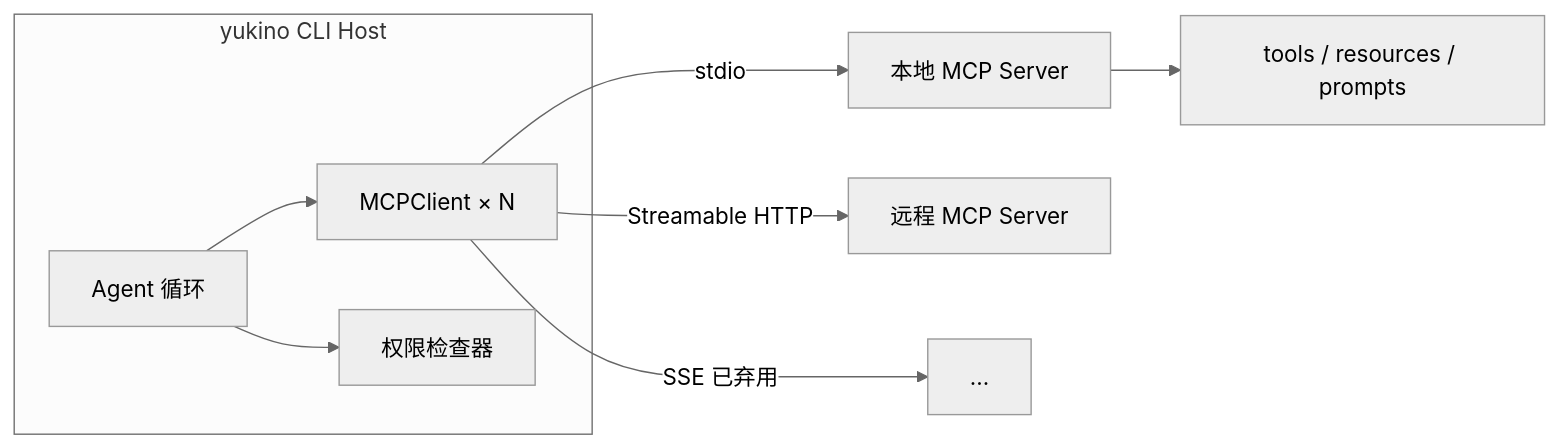
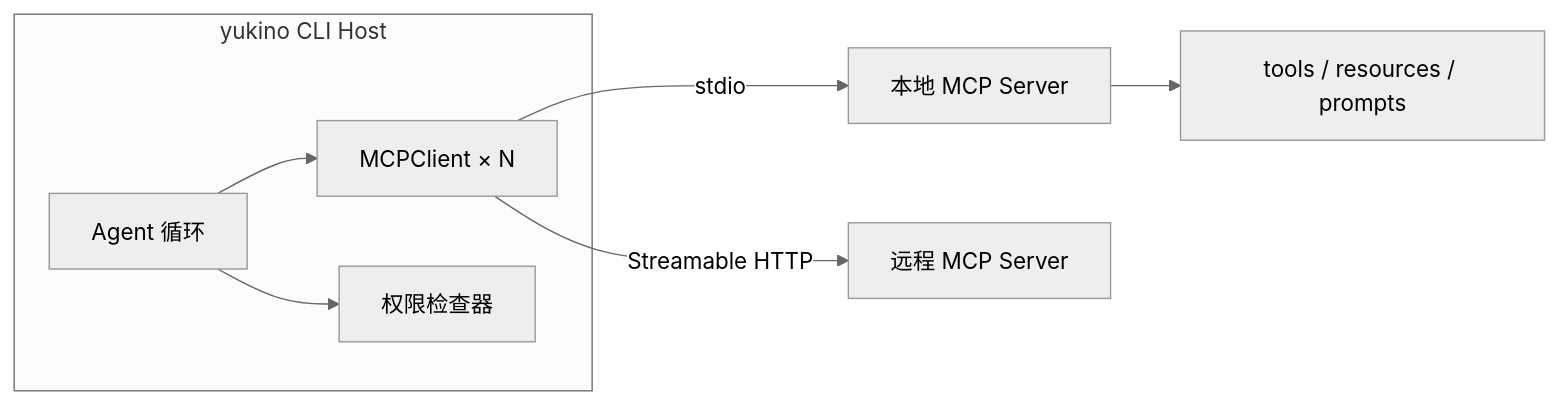
The first of 2 diagrams in content/interview/qa/mcp-and-agent-security.md (yukino-js/26autumn), drawn with Mermaid (neutral theme) before and after one commit. The commit also changed other lines of this file and 85 other files, not shown here.

````diff
--- a/content/interview/qa/mcp-and-agent-security.md
+++ b/content/interview/qa/mcp-and-agent-security.md
@@ -8,11 +15,10 @@
 ```mermaid
 flowchart LR
   subgraph Host[yukino CLI Host]
     A[Agent 循环] --> B[MCPClient × N]
     A --> C[权限检查器]
   end
   B -- stdio --> S1[本地 MCP Server]
   B -- Streamable HTTP --> S2[远程 MCP Server]
-  B -- SSE 已弃用 --> S3[...]
   S1 --> T1[tools / resources / prompts]
 ```
````
